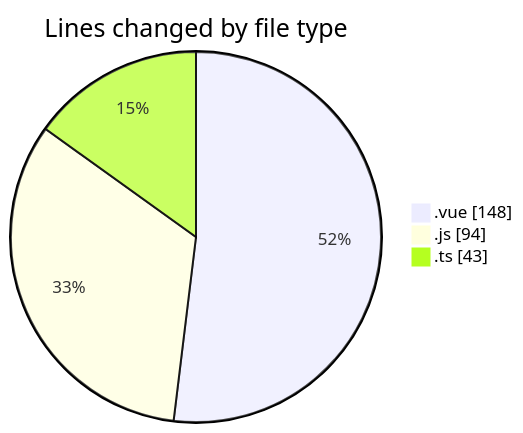
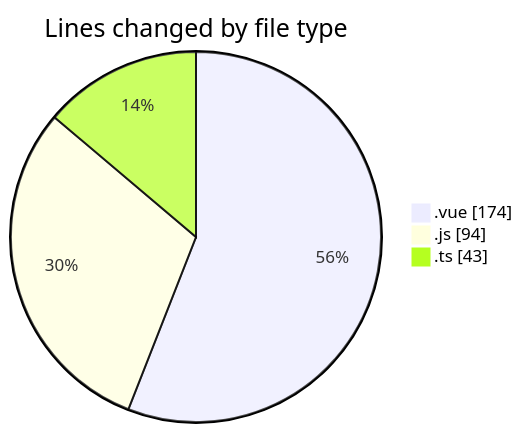
One commit to lephambinh05/code-tracking changed the first of 2 diagrams in 2025-08-12/rentotp/README.md. Above: the diagram before and after it, drawn with Mermaid. The commit also changed other lines of this file and 1 other file, not shown here.

````diff
--- a/2025-08-12/rentotp/README.md
+++ b/2025-08-12/rentotp/README.md
@@ -22,7 +22,7 @@
 ```mermaid
 pie showData
 title Lines changed by file type
-".vue" : 148
+".vue" : 174
 ".js" : 94
 ".ts" : 43
 ```
````
